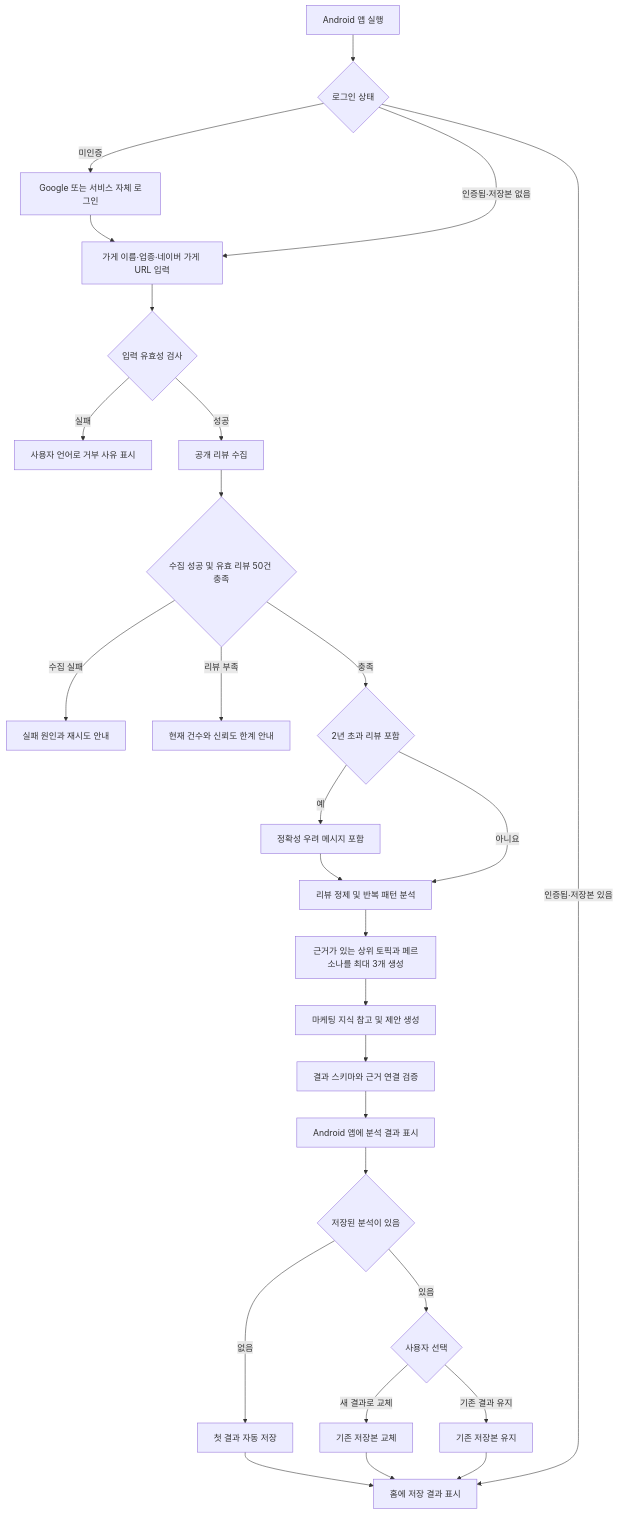
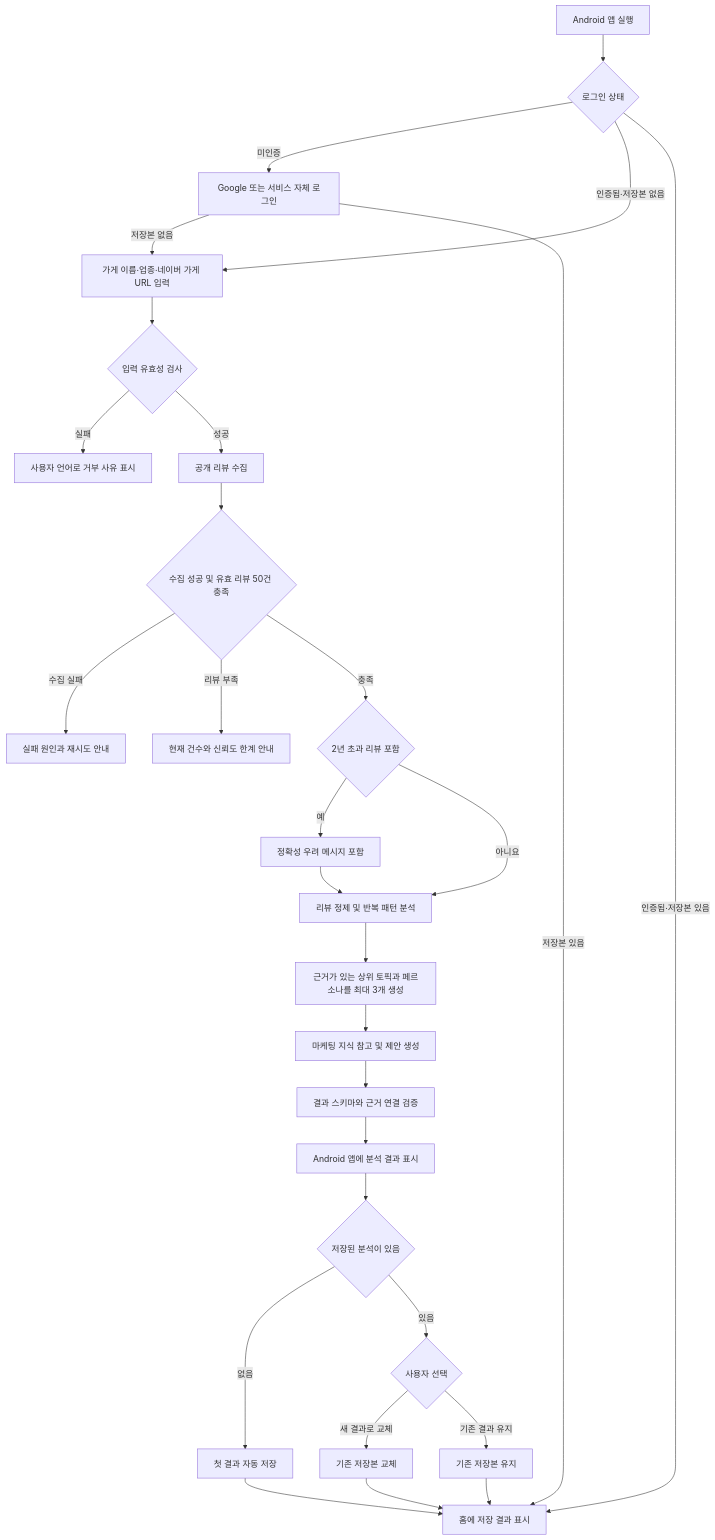
The diagram in docs/product/requirements/GUEST_ANALYSIS_FUNCTIONAL_SPEC.md (SKUnohtaekyung/PULSE_SCC), drawn with Mermaid before and after one commit. The commit also changed 4 other files, not shown here.

````diff
--- a/docs/product/requirements/GUEST_ANALYSIS_FUNCTIONAL_SPEC.md
+++ b/docs/product/requirements/GUEST_ANALYSIS_FUNCTIONAL_SPEC.md
@@ -73,30 +73,31 @@
 ```mermaid
 flowchart TD
     A[Android 앱 실행] --> A1{로그인 상태}
     A1 -- 미인증 --> A2[Google 또는 서비스 자체 로그인]
     A1 -- 인증됨·저장본 없음 --> B[가게 이름·업종·네이버 가게 URL 입력]
     A1 -- 인증됨·저장본 있음 --> Q
-    A2 --> B
+    A2 -- 저장본 없음 --> B
+    A2 -- 저장본 있음 --> Q
     B --> C{입력 유효성 검사}
     C -- 실패 --> D[사용자 언어로 거부 사유 표시]
     C -- 성공 --> E[공개 리뷰 수집]
     E --> F{수집 성공 및 유효 리뷰 50건 충족}
     F -- 수집 실패 --> G[실패 원인과 재시도 안내]
     F -- 리뷰 부족 --> H[현재 건수와 신뢰도 한계 안내]
     F -- 충족 --> F1{2년 초과 리뷰 포함}
     F1 -- 예 --> F2[정확성 우려 메시지 포함]
     F1 -- 아니요 --> I[리뷰 정제 및 반복 패턴 분석]
     F2 --> I
     I --> J[근거가 있는 상위 토픽과 페르소나를 최대 3개 생성]
     J --> K[마케팅 지식 참고 및 제안 생성]
     K --> L[결과 스키마와 근거 연결 검증]
     L --> M[Android 앱에 분석 결과 표시]
     M --> N{저장된 분석이 있음}
     N -- 없음 --> O[첫 결과 자동 저장]
     O --> Q[홈에 저장 결과 표시]
     N -- 있음 --> P{사용자 선택}
     P -- 새 결과로 교체 --> R[기존 저장본 교체]
     P -- 기존 결과 유지 --> S[기존 저장본 유지]
     R --> Q
     S --> Q
 ```
````
